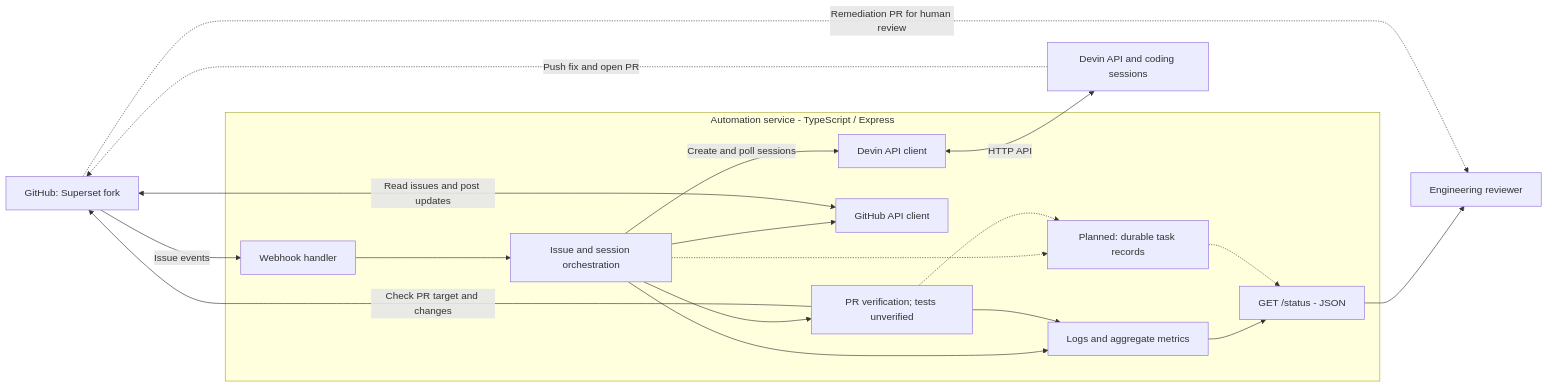
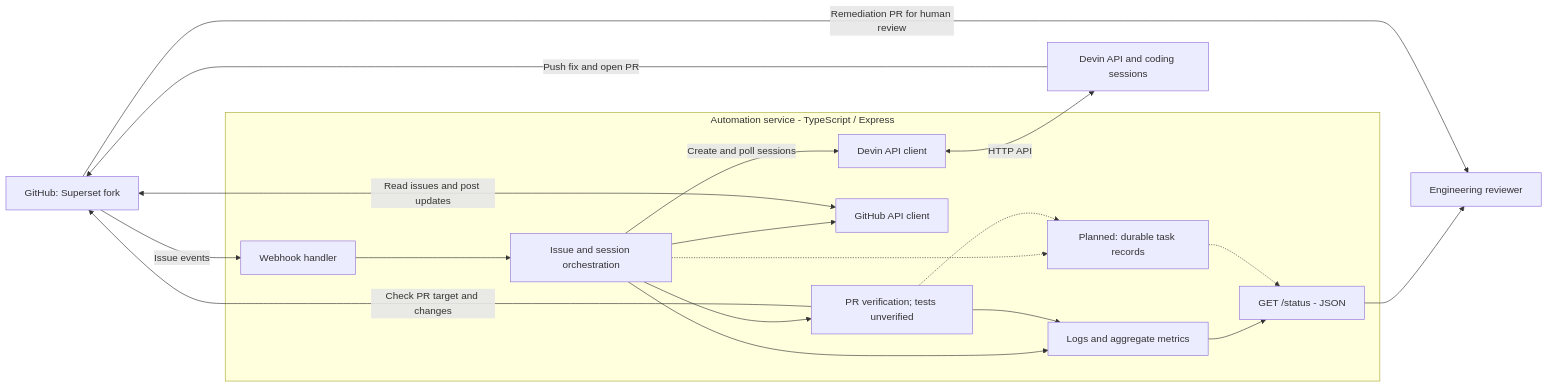
The first of 2 diagrams in README.md (chengify/devin-demo), drawn with Mermaid before and after one commit. The commit also changed other lines of this file and 12 other files, not shown here.

Commit message:
feat: complete Devin remediation demo

````diff
--- a/README.md
+++ b/README.md
@@ -60,35 +60,35 @@
 ```mermaid
 flowchart LR
     github["GitHub: Superset fork"]
     devin["Devin API and coding sessions"]
     reviewer["Engineering reviewer"]
 
     subgraph service["Automation service - TypeScript / Express"]
         webhook["Webhook handler"]
         automation["Issue and session orchestration"]
         client["Devin API client"]
         ghclient["GitHub API client"]
         metrics["Logs and aggregate metrics"]
         status["GET /status - JSON"]
         tasks["Planned: durable task records"]
         verify["PR verification; tests unverified"]
     end
 
     github -->|Issue events| webhook
     webhook --> automation
     automation -->|Create and poll sessions| client
     client <-->|HTTP API| devin
     automation --> ghclient
     ghclient <-->|Read issues and post updates| github
     automation --> metrics
     metrics --> status
     status --> reviewer
     automation -.-> tasks
-    devin -.->|Push fix and open PR| github
+    devin -->|Push fix and open PR| github
     automation --> verify
     verify -->|Check PR target and changes| github
     verify --> metrics
     verify -.-> tasks
     tasks -.-> status
-    github -.->|Remediation PR for human review| reviewer
+    github -->|Remediation PR for human review| reviewer
 ```
````
